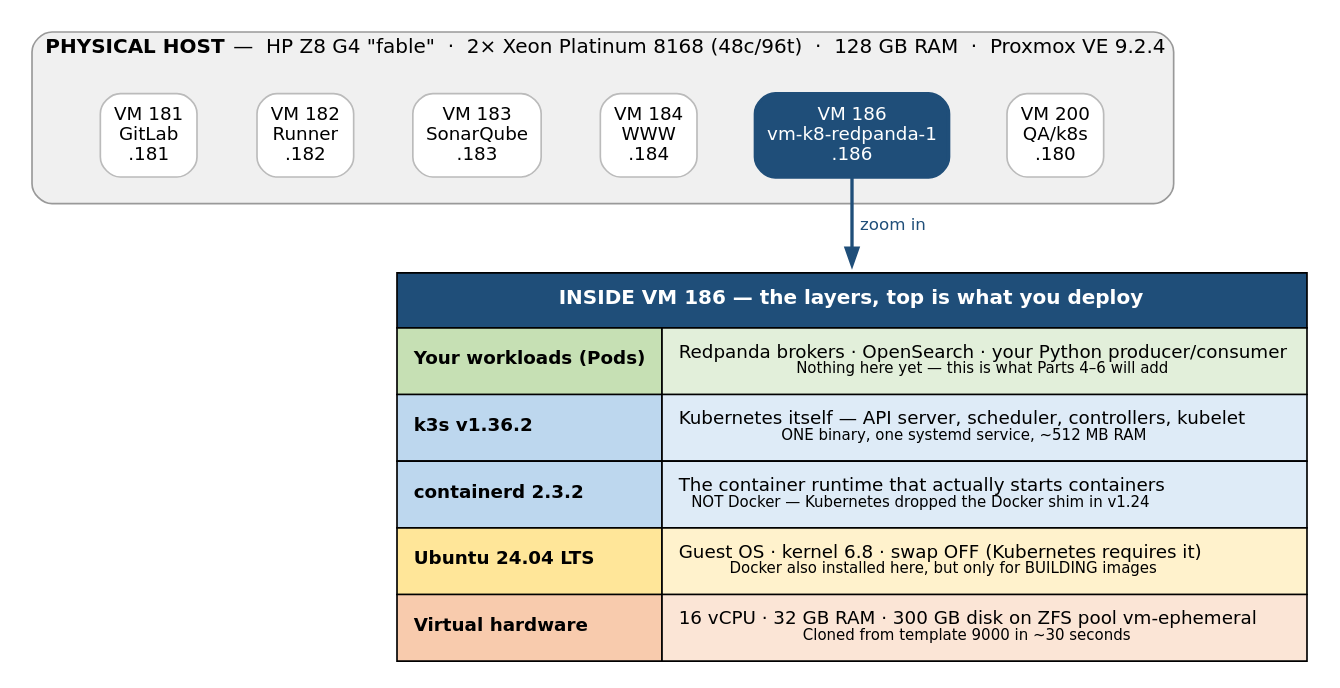
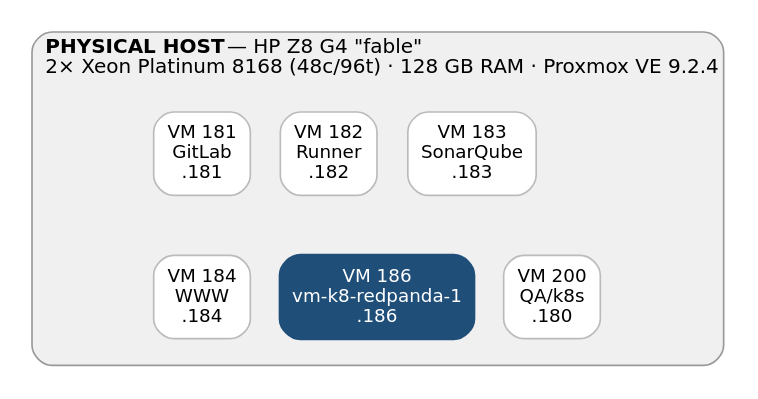
Before and after one commit to fiberoptix/home-lab-setup: the diagram in education/diagrams/ch01_fig1_stack.dot, drawn with Graphviz. The commit also changed 85 other files, not shown here.

```diff
--- a/education/diagrams/ch01_fig1_stack.dot
+++ b/education/diagrams/ch01_fig1_stack.dot
@@ -1,64 +1,35 @@
 // Chapter 1, Figure 1 — Where k3s sits in the home lab
 // Render: dot -Tpng -Gdpi=150 ch01_fig1_stack.dot -o ../images/ch01_fig1_stack.png
 digraph stack {
   rankdir=TB;
   bgcolor="white";
   fontname="DejaVu Sans";
   node [fontname="DejaVu Sans", fontsize=11];
-  edge [fontname="DejaVu Sans", fontsize=10];
+  edge [fontname="DejaVu Sans", fontsize=11];
 
   subgraph cluster_pve {
-    label=<<B>PHYSICAL HOST</B>  —  HP Z8 G4 "fable"  ·  2× Xeon Platinum 8168 (48c/96t)  ·  128 GB RAM  ·  Proxmox VE 9.2.4>;
+    label=<<B>PHYSICAL HOST</B> — HP Z8 G4 "fable"<BR ALIGN="LEFT"/>2× Xeon Platinum 8168 (48c/96t) · 128 GB RAM · Proxmox VE 9.2.4>;
     labeljust="l";
     fontsize=12;
     style="filled,rounded";
     fillcolor="#f0f0f0";
     color="#999999";
     margin=16;
 
     node [shape=box, style="filled,rounded", fillcolor="#ffffff", color="#bbbbbb", height=0.7];
 
     vm181 [label="VM 181\nGitLab\n.181"];
     vm182 [label="VM 182\nRunner\n.182"];
     vm183 [label="VM 183\nSonarQube\n.183"];
     vm184 [label="VM 184\nWWW\n.184"];
     vm186 [label="VM 186\nvm-k8-redpanda-1\n.186", fillcolor="#1f4e79", fontcolor="white", color="#1f4e79", penwidth=2];
     vm200 [label="VM 200\nQA/k8s\n.180"];
 
-    {rank=same; vm181; vm182; vm183; vm184; vm186; vm200;}
-    vm181 -> vm182 -> vm183 -> vm184 -> vm186 -> vm200 [style=invis];
+    {rank=same; vm181; vm182; vm183;}
+    {rank=same; vm184; vm186; vm200;}
+    vm181 -> vm182 -> vm183 [style=invis];
+    vm184 -> vm186 -> vm200 [style=invis];
+    vm181 -> vm184 [style=invis];
   }
 
-  layers [shape=plaintext, label=<
-    <TABLE BORDER="0" CELLBORDER="1" CELLSPACING="0" CELLPADDING="9">
-      <TR><TD COLSPAN="2" BGCOLOR="#1f4e79"><FONT COLOR="white" POINT-SIZE="12"><B>INSIDE VM 186 — the layers, top is what you deploy</B></FONT></TD></TR>
-
-      <TR>
-        <TD BGCOLOR="#c6e0b4" ALIGN="LEFT"><B>Your workloads (Pods)</B></TD>
-        <TD BGCOLOR="#e2efda" ALIGN="LEFT">Redpanda brokers · OpenSearch · your Python producer/consumer<BR ALIGN="LEFT"/><FONT POINT-SIZE="9">Nothing here yet — this is what Parts 4–6 will add</FONT></TD>
-      </TR>
-
-      <TR>
-        <TD BGCOLOR="#bdd7ee" ALIGN="LEFT"><B>k3s v1.36.2</B></TD>
-        <TD BGCOLOR="#deebf7" ALIGN="LEFT">Kubernetes itself — API server, scheduler, controllers, kubelet<BR ALIGN="LEFT"/><FONT POINT-SIZE="9">ONE binary, one systemd service, ~512 MB RAM</FONT></TD>
-      </TR>
-
-      <TR>
-        <TD BGCOLOR="#bdd7ee" ALIGN="LEFT"><B>containerd 2.3.2</B></TD>
-        <TD BGCOLOR="#deebf7" ALIGN="LEFT">The container runtime that actually starts containers<BR ALIGN="LEFT"/><FONT POINT-SIZE="9">NOT Docker — Kubernetes dropped the Docker shim in v1.24</FONT></TD>
-      </TR>
-
-      <TR>
-        <TD BGCOLOR="#ffe699" ALIGN="LEFT"><B>Ubuntu 24.04 LTS</B></TD>
-        <TD BGCOLOR="#fff2cc" ALIGN="LEFT">Guest OS · kernel 6.8 · swap OFF (Kubernetes requires it)<BR ALIGN="LEFT"/><FONT POINT-SIZE="9">Docker also installed here, but only for BUILDING images</FONT></TD>
-      </TR>
-
-      <TR>
-        <TD BGCOLOR="#f8cbad" ALIGN="LEFT"><B>Virtual hardware</B></TD>
-        <TD BGCOLOR="#fbe5d6" ALIGN="LEFT">16 vCPU · 32 GB RAM · 300 GB disk on ZFS pool vm-ephemeral<BR ALIGN="LEFT"/><FONT POINT-SIZE="9">Cloned from template 9000 in ~30 seconds</FONT></TD>
-      </TR>
-    </TABLE>
-  >];
-
-  vm186 -> layers [lhead="", label="  zoom in", color="#1f4e79", penwidth=2, fontcolor="#1f4e79"];
 }
```
